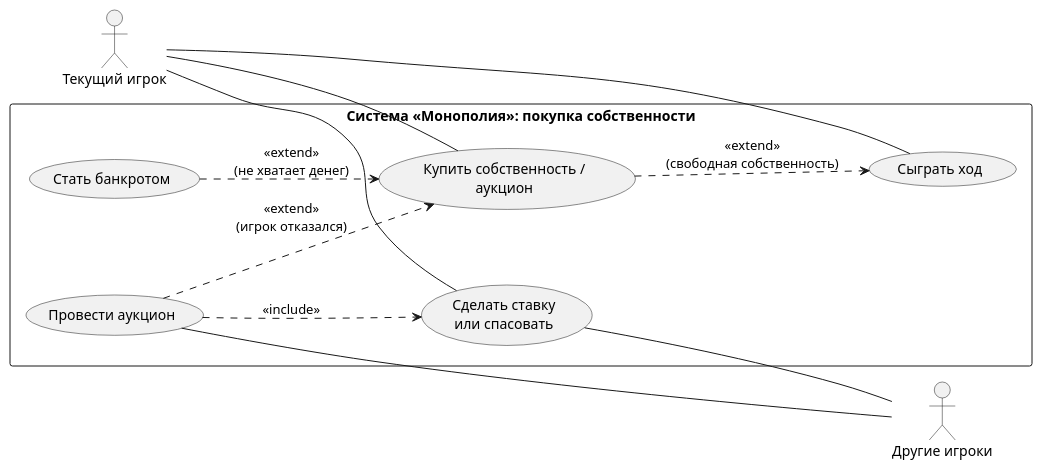
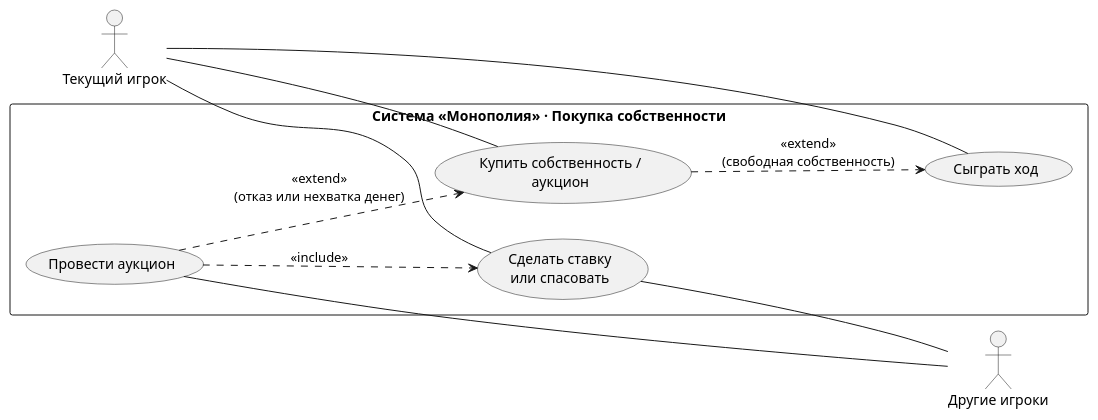
One commit to penamarth/bsbo-11-24_team4_var14_monopoly changed the diagram in прецеденты/Купить собственность/Купить собственность_аукцион .md. Above: the diagram before and after it, drawn with PlantUML. The commit also changed other lines of this file and 22 other files, not shown here.

Commit message:
переделали агрегаты, puml диаграммы последовательности и подкоректировали описание прецедентов и программы

````diff
--- a/прецеденты/Купить собственность/Купить собственность_аукцион .md
+++ b/прецеденты/Купить собственность/Купить собственность_аукцион .md
@@ -113,31 +67,28 @@
 ```plantuml
 @startuml
 left to right direction
 skinparam monochrome true
 skinparam shadowing false
 skinparam packageStyle rectangle
 
-actor "Текущий игрок" as Текущий
-actor "Другие игроки" as Другие
+actor "Текущий игрок" as CurrentPlayer
+actor "Другие игроки" as OtherPlayers
 
-rectangle "Система «Монополия»: покупка собственности" {
+rectangle "Система «Монополия» · Покупка собственности" {
   usecase "Сыграть ход" as UC2
   usecase "Купить собственность /\nаукцион" as UC3
-  usecase "Провести аукцион" as Аукцион
-  usecase "Сделать ставку\nили спасовать" as Ставка
-  usecase "Стать банкротом" as UC4
+  usecase "Провести аукцион" as RunAuction
+  usecase "Сделать ставку\nили спасовать" as BidOrPass
 }
 
-Текущий -- UC2
-Текущий -- UC3
-Текущий -- Ставка
-
-Аукцион -- Другие
-Ставка -- Другие
+CurrentPlayer -- UC2
+CurrentPlayer -- UC3
+CurrentPlayer -- BidOrPass
+RunAuction -- OtherPlayers
+BidOrPass -- OtherPlayers
 
 UC3 ..> UC2 : <<extend>>\n(свободная собственность)
-Аукцион ..> UC3 : <<extend>>\n(игрок отказался)
-Аукцион ..> Ставка : <<include>>
-UC4 ..> UC3 : <<extend>>\n(не хватает денег)
+RunAuction ..> UC3 : <<extend>>\n(отказ или нехватка денег)
+RunAuction ..> BidOrPass : <<include>>
 @enduml
 ```
````
